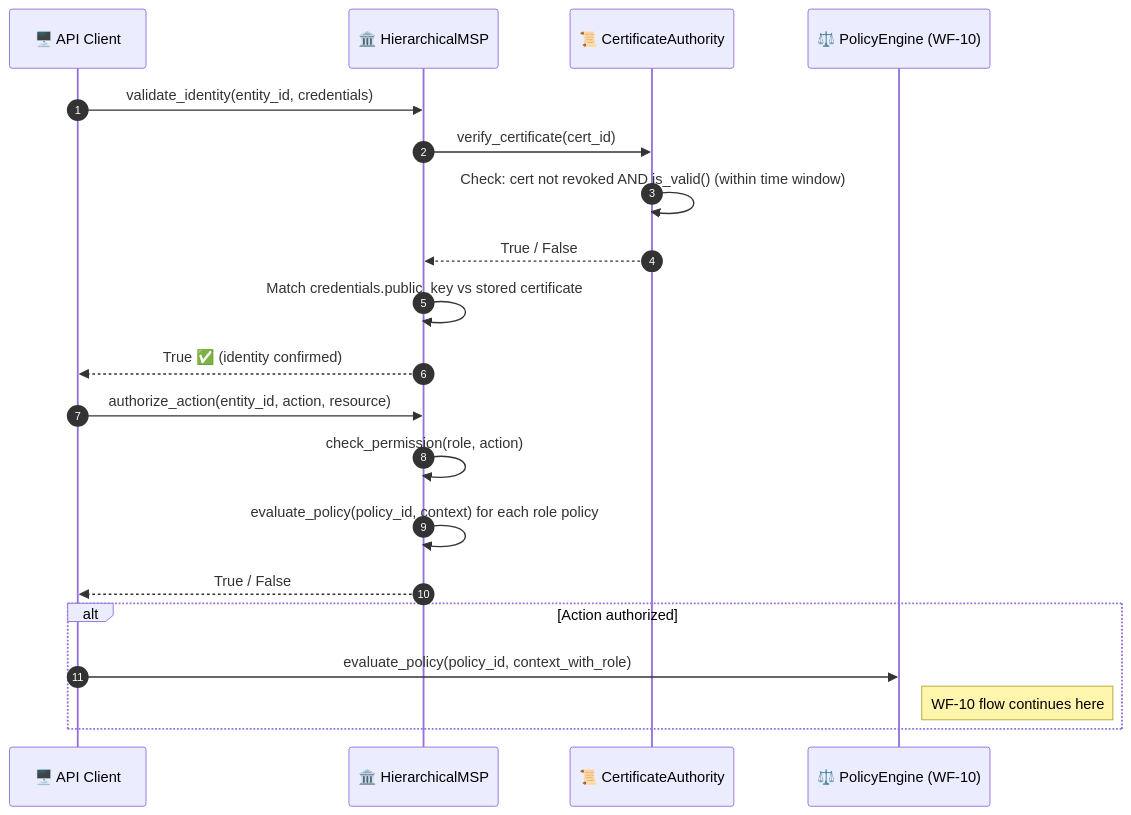
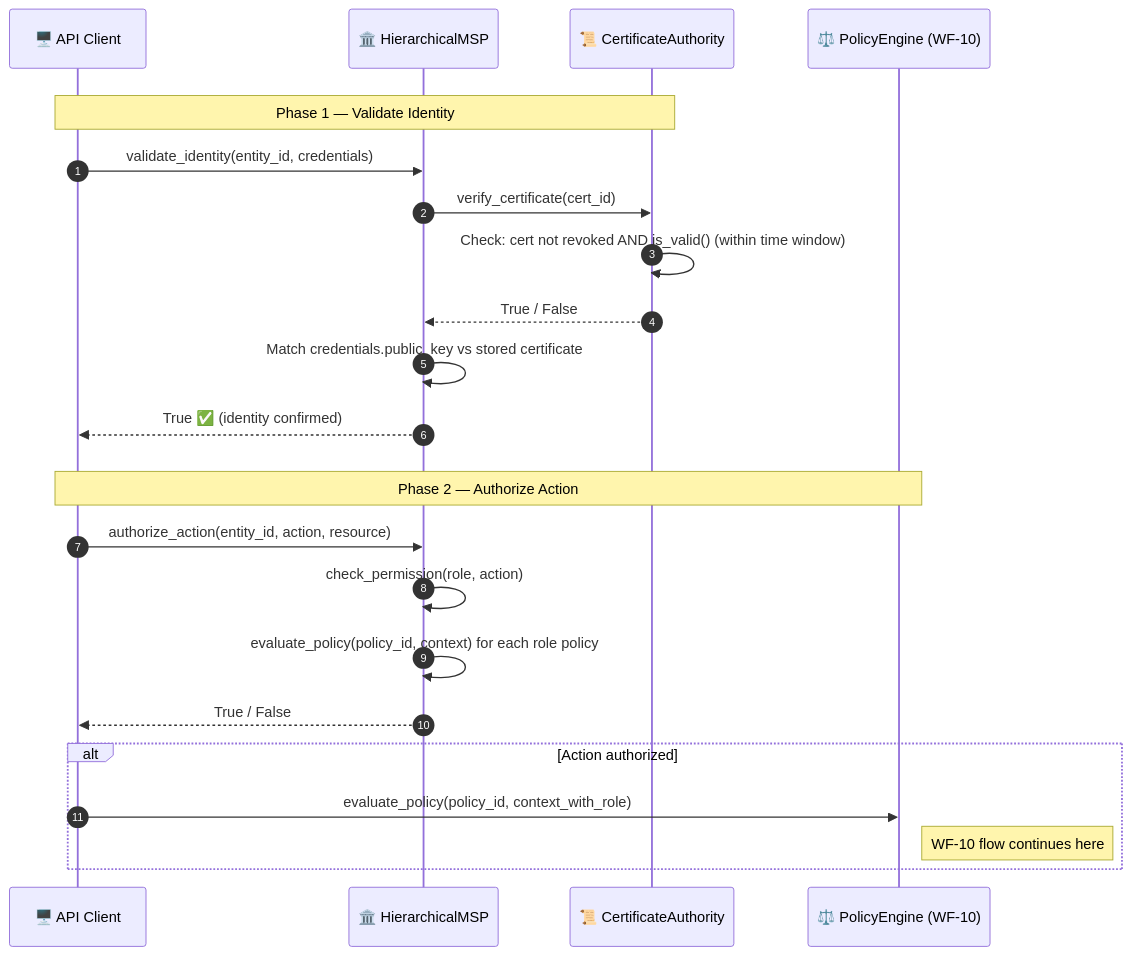
The second of 3 diagrams in docs/workflows/wf-15-msp-identity.md (VanDung-dev/HieraChain), drawn with Mermaid before and after one commit. The commit also changed other lines of this file and 7 other files, not shown here.

First line of the commit message:
docs(workflows): standardize sequence diagrams and remove hardcoded styling

````diff
--- a/docs/workflows/wf-15-msp-identity.md
+++ b/docs/workflows/wf-15-msp-identity.md
@@ -55,25 +59,31 @@
 ```mermaid
 sequenceDiagram
     autonumber
     participant Caller as 🖥️ API Client
     participant MSP as 🏛️ HierarchicalMSP
     participant CA as 📜 CertificateAuthority
     participant PE as ⚖️ PolicyEngine (WF-10)
 
-    Caller->>MSP: validate_identity(entity_id, credentials)
-    MSP->>CA: verify_certificate(cert_id)
-    CA->>CA: Check: cert not revoked AND is_valid() (within time window)
-    CA-->>MSP: True / False
-    MSP->>MSP: Match credentials.public_key vs stored certificate
-    MSP-->>Caller: True ✅ (identity confirmed)
+    rect rgb(0, 0, 0, 0)
+        Note over Caller,CA: Phase 1 — Validate Identity
+        Caller->>MSP: validate_identity(entity_id, credentials)
+        MSP->>CA: verify_certificate(cert_id)
+        CA->>CA: Check: cert not revoked AND is_valid() (within time window)
+        CA-->>MSP: True / False
+        MSP->>MSP: Match credentials.public_key vs stored certificate
+        MSP-->>Caller: True ✅ (identity confirmed)
+    end
 
-    Caller->>MSP: authorize_action(entity_id, action, resource)
-    MSP->>MSP: check_permission(role, action)
-    MSP->>MSP: evaluate_policy(policy_id, context) for each role policy
-    MSP-->>Caller: True / False
+    rect rgb(0, 0, 0, 0)
+        Note over Caller,PE: Phase 2 — Authorize Action
+        Caller->>MSP: authorize_action(entity_id, action, resource)
+        MSP->>MSP: check_permission(role, action)
+        MSP->>MSP: evaluate_policy(policy_id, context) for each role policy
+        MSP-->>Caller: True / False
+    end
 
     alt Action authorized
         Caller->>PE: evaluate_policy(policy_id, context_with_role)
         Note right of PE: WF-10 flow continues here
     end
 ```
````
